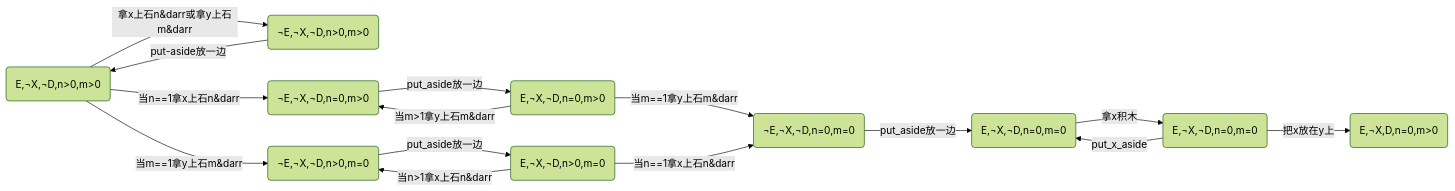
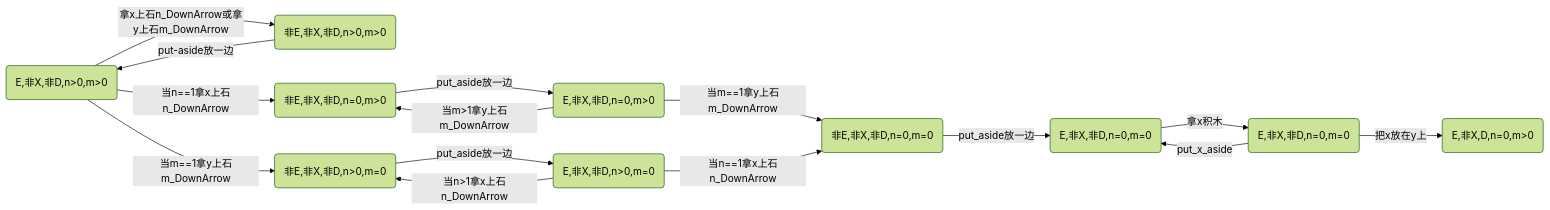
One commit to Tridu33/ZERO-Starting-AI-Planning-in-PDDL-Descripted-World changed diagram 15 of 29 in docs/SolversBaseOnPDDL/GP_Numerical/图法QNP.md. Above: the diagram before and after it, drawn with Mermaid (forest theme). The commit also changed other lines of this file and 25 other files, not shown here.

````diff
--- a/docs/SolversBaseOnPDDL/GP_Numerical/图法QNP.md
+++ b/docs/SolversBaseOnPDDL/GP_Numerical/图法QNP.md
@@ -369,17 +362,17 @@
 ```mermaid
 graph LR;
-　　S16(E,&notX,&notD,n>0,m>0) -->|拿x上石n&darr或拿y上石m&darr| S0(&notE,&notX,&notD,n>0,m>0);
-　　S0(&notE,&notX,&notD,n>0,m>0) -->|put-aside放一边| S16(E,&notX,&notD,n>0,m>0);
-　　S16(E,&notX,&notD,n>0,m>0) -->|当n==1拿x上石n&darr| S2(&notE,&notX,&notD,n=0,m>0) ;
-　　S2(&notE,&notX,&notD,n=0,m>0) -->|put_aside放一边| S18(E,&notX,&notD,n=0,m>0);
-　　S18(E,&notX,&notD,n=0,m>0) -->|当m>1拿y上石m&darr| S2(&notE,&notX,&notD,n=0,m>0);
-　　S18(E,&notX,&notD,n=0,m>0) -->|当m==1拿y上石m&darr| S3(&notE,&notX,&notD,n=0,m=0);
-　　S16(E,&notX,&notD,n>0,m>0) -->|当m==1拿y上石m&darr| S1(&notE,&notX,&notD,n>0,m=0) ;
-　　S1(&notE,&notX,&notD,n>0,m=0) -->|put_aside放一边| S17(E,&notX,&notD,n>0,m=0);
-　　S17(E,&notX,&notD,n>0,m=0) -->|当n>1拿x上石n&darr| S1(&notE,&notX,&notD,n>0,m=0);
-　　S17(E,&notX,&notD,n>0,m=0) -->|当n==1拿x上石n&darr| S3(&notE,&notX,&notD,n=0,m=0);
-　　S3(&notE,&notX,&notD,n=0,m=0) -->|put_aside放一边| S19(E,&notX,&notD,n=0,m=0);
-　　S19(E,&notX,&notD,n=0,m=0) -->|拿x积木| S11(E,&notX,&notD,n=0,m=0);
-　　S11(E,&notX,&notD,n=0,m=0) -->|put_x_aside| S19(E,&notX,&notD,n=0,m=0);
-　　S11(E,&notX,&notD,n=0,m=0) -->|把x放在y上| S22(E,&notX,D,n=0,m>0);
+　　S16(E,非X,非D,n>0,m>0) -->|拿x上石n_DownArrow或拿y上石m_DownArrow| S0(非E,非X,非D,n>0,m>0);
+　　S0(非E,非X,非D,n>0,m>0) -->|put-aside放一边| S16(E,非X,非D,n>0,m>0);
+　　S16(E,非X,非D,n>0,m>0) -->|当n==1拿x上石n_DownArrow| S2(非E,非X,非D,n=0,m>0) ;
+　　S2(非E,非X,非D,n=0,m>0) -->|put_aside放一边| S18(E,非X,非D,n=0,m>0);
+　　S18(E,非X,非D,n=0,m>0) -->|当m>1拿y上石m_DownArrow| S2(非E,非X,非D,n=0,m>0);
+　　S18(E,非X,非D,n=0,m>0) -->|当m==1拿y上石m_DownArrow| S3(非E,非X,非D,n=0,m=0);
+　　S16(E,非X,非D,n>0,m>0) -->|当m==1拿y上石m_DownArrow| S1(非E,非X,非D,n>0,m=0) ;
+　　S1(非E,非X,非D,n>0,m=0) -->|put_aside放一边| S17(E,非X,非D,n>0,m=0);
+　　S17(E,非X,非D,n>0,m=0) -->|当n>1拿x上石n_DownArrow| S1(非E,非X,非D,n>0,m=0);
+　　S17(E,非X,非D,n>0,m=0) -->|当n==1拿x上石n_DownArrow| S3(非E,非X,非D,n=0,m=0);
+　　S3(非E,非X,非D,n=0,m=0) -->|put_aside放一边| S19(E,非X,非D,n=0,m=0);
+　　S19(E,非X,非D,n=0,m=0) -->|拿x积木| S11(E,非X,非D,n=0,m=0);
+　　S11(E,非X,非D,n=0,m=0) -->|put_x_aside| S19(E,非X,非D,n=0,m=0);
+　　S11(E,非X,非D,n=0,m=0) -->|把x放在y上| S22(E,非X,D,n=0,m>0);
 ```
````
